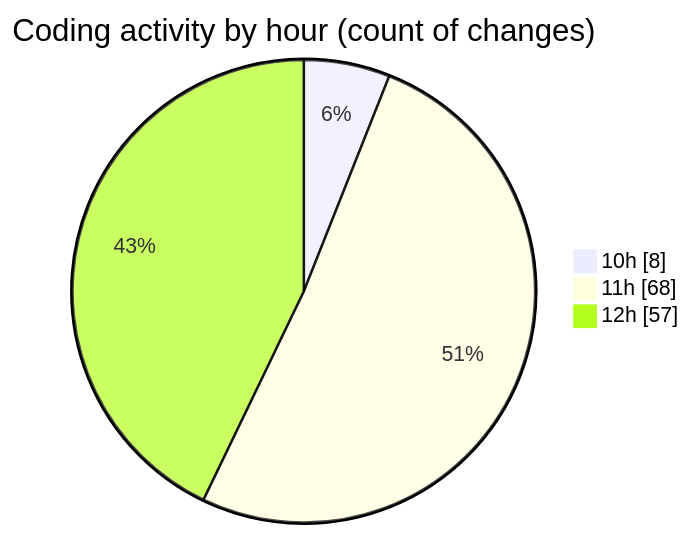
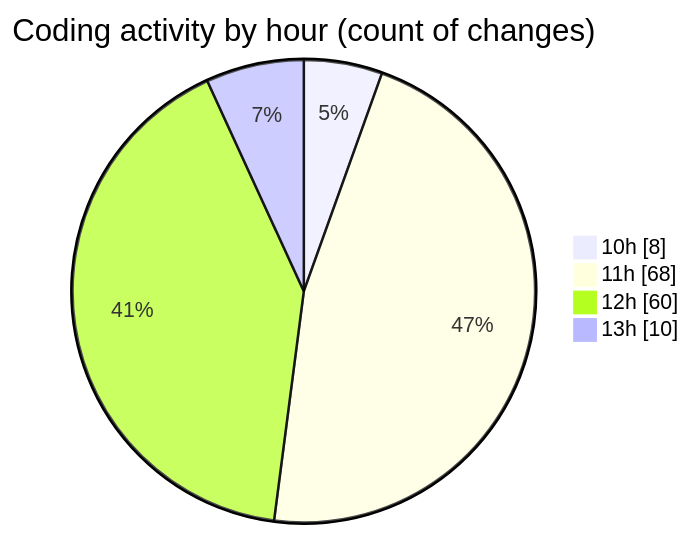
One commit to nxtqubesakshisongat/code-tracking changed the second of 2 diagrams in 2025-08-22/nxtqube_webapp/README.md. Above: the diagram before and after it, drawn with Mermaid. The commit also changed other lines of this file and 1 other file, not shown here.

````diff
--- a/2025-08-22/nxtqube_webapp/README.md
+++ b/2025-08-22/nxtqube_webapp/README.md
@@ -28,7 +28,8 @@
 ```mermaid
 pie showData
 title Coding activity by hour (count of changes)
 "10h" : 8
 "11h" : 68
-"12h" : 57
+"12h" : 60
+"13h" : 10
 ```
````
